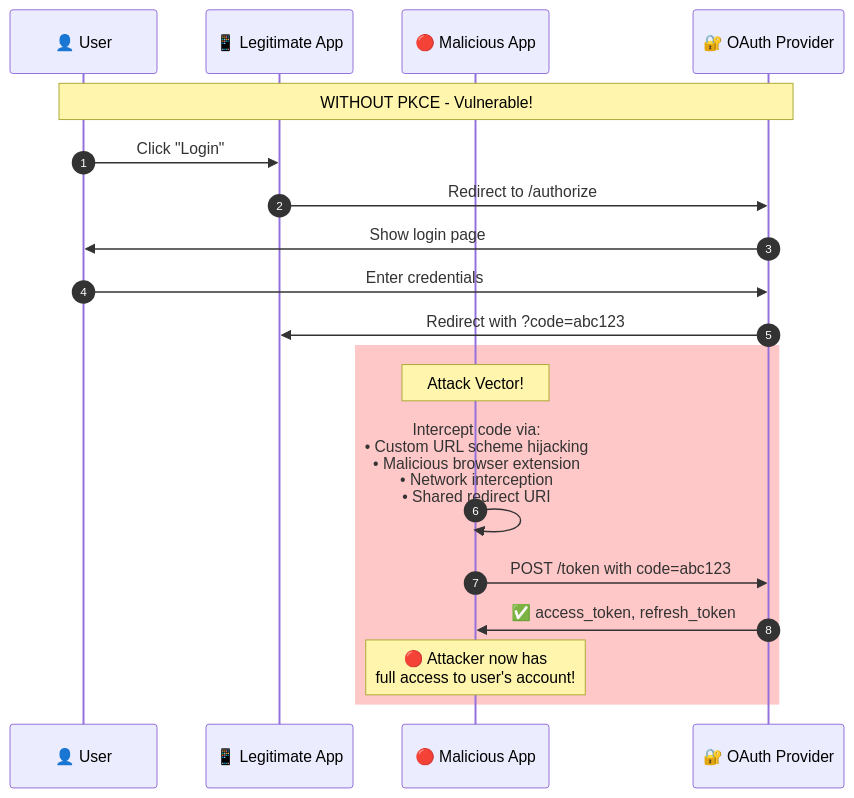
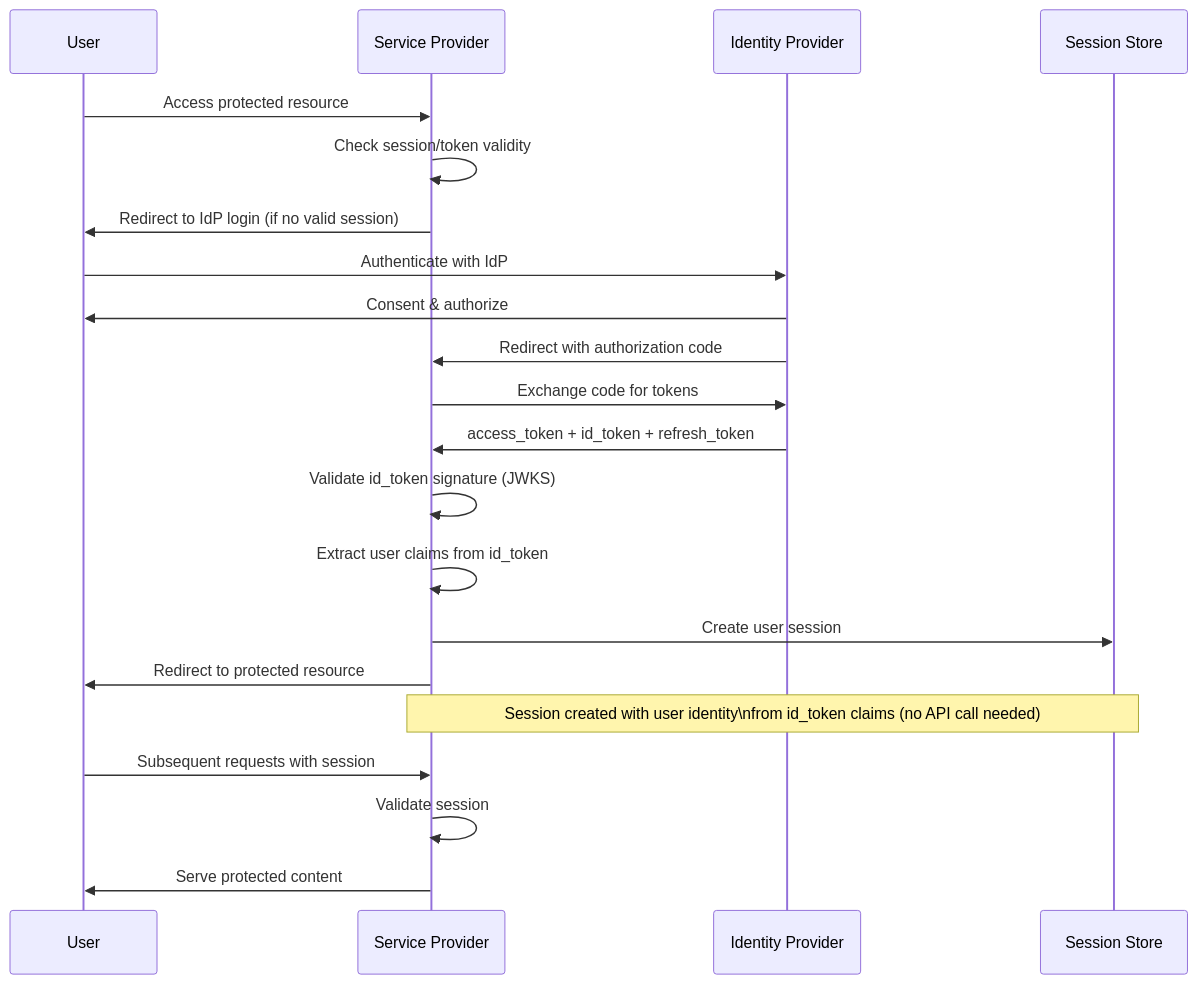
Before and after one commit to ArunN07/oidc_oauth2_implementation: the fourth of 17 diagrams in README.md, drawn with Mermaid. The commit also changed other lines of this file and 43 other files, not shown here.

````diff
--- a/README.md
+++ b/README.md
@@ -159,24 +758,29 @@
 ```mermaid
 sequenceDiagram
-    autonumber
-    participant User as 👤 User
-    participant App as 📱 Legitimate App
-    participant Attacker as 🔴 Malicious App
-    participant Provider as 🔐 OAuth Provider
+    participant U as User
+    participant SP as Service Provider
+    participant IdP as Identity Provider
+    participant DB as Session Store
 
-    Note over User,Provider: WITHOUT PKCE - Vulnerable!
-    
-    User->>App: Click "Login"
-    App->>Provider: Redirect to /authorize
-    Provider->>User: Show login page
-    User->>Provider: Enter credentials
-    Provider->>App: Redirect with ?code=abc123
-    
-    rect rgb(255, 200, 200)
-        Note over Attacker: Attack Vector!
-        Attacker->>Attacker: Intercept code via:<br/>• Custom URL scheme hijacking<br/>• Malicious browser extension<br/>• Network interception<br/>• Shared redirect URI
-        Attacker->>Provider: POST /token with code=abc123
-        Provider->>Attacker: ✅ access_token, refresh_token
-        Note over Attacker: 🔴 Attacker now has<br/>full access to user's account!
-    end
+    U->>SP: Access protected resource
+    SP->>SP: Check session/token validity
+    SP->>U: Redirect to IdP login (if no valid session)
+
+    U->>IdP: Authenticate with IdP
+    IdP->>U: Consent & authorize
+    IdP->>SP: Redirect with authorization code
+
+    SP->>IdP: Exchange code for tokens
+    IdP->>SP: access_token + id_token + refresh_token
+
+    SP->>SP: Validate id_token signature (JWKS)
+    SP->>SP: Extract user claims from id_token
+    SP->>DB: Create user session
+    SP->>U: Redirect to protected resource
+
+    Note over SP,DB: Session created with user identity\nfrom id_token claims (no API call needed)
+
+    U->>SP: Subsequent requests with session
+    SP->>SP: Validate session
+    SP->>U: Serve protected content
 ```
````
